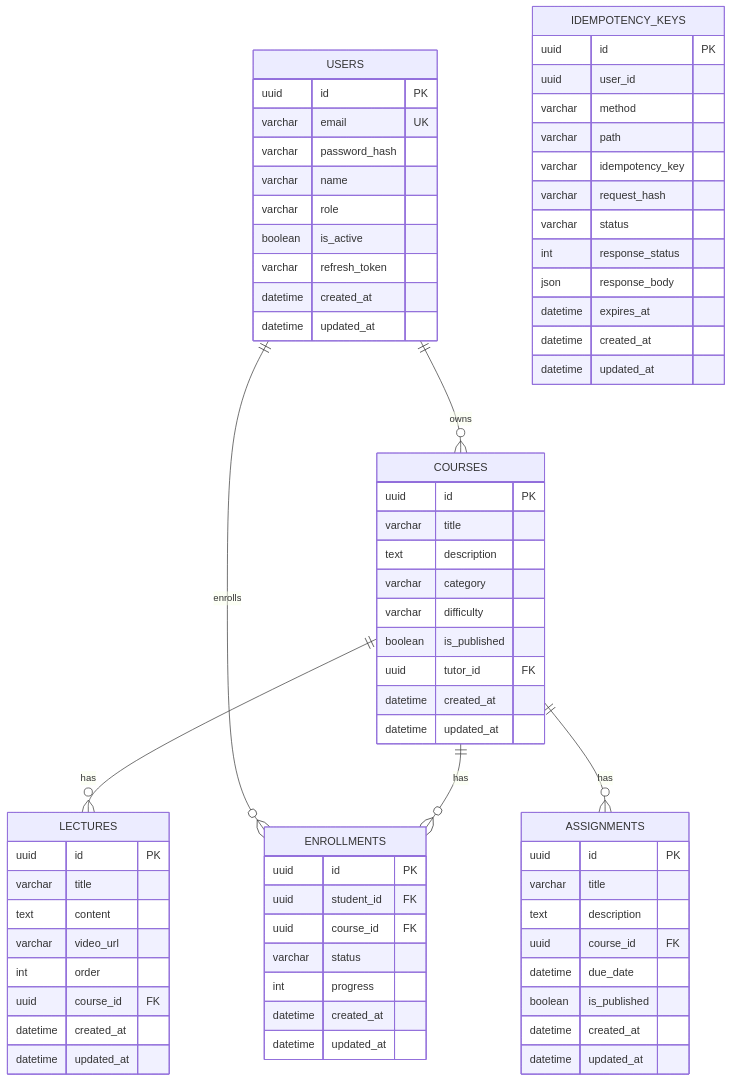
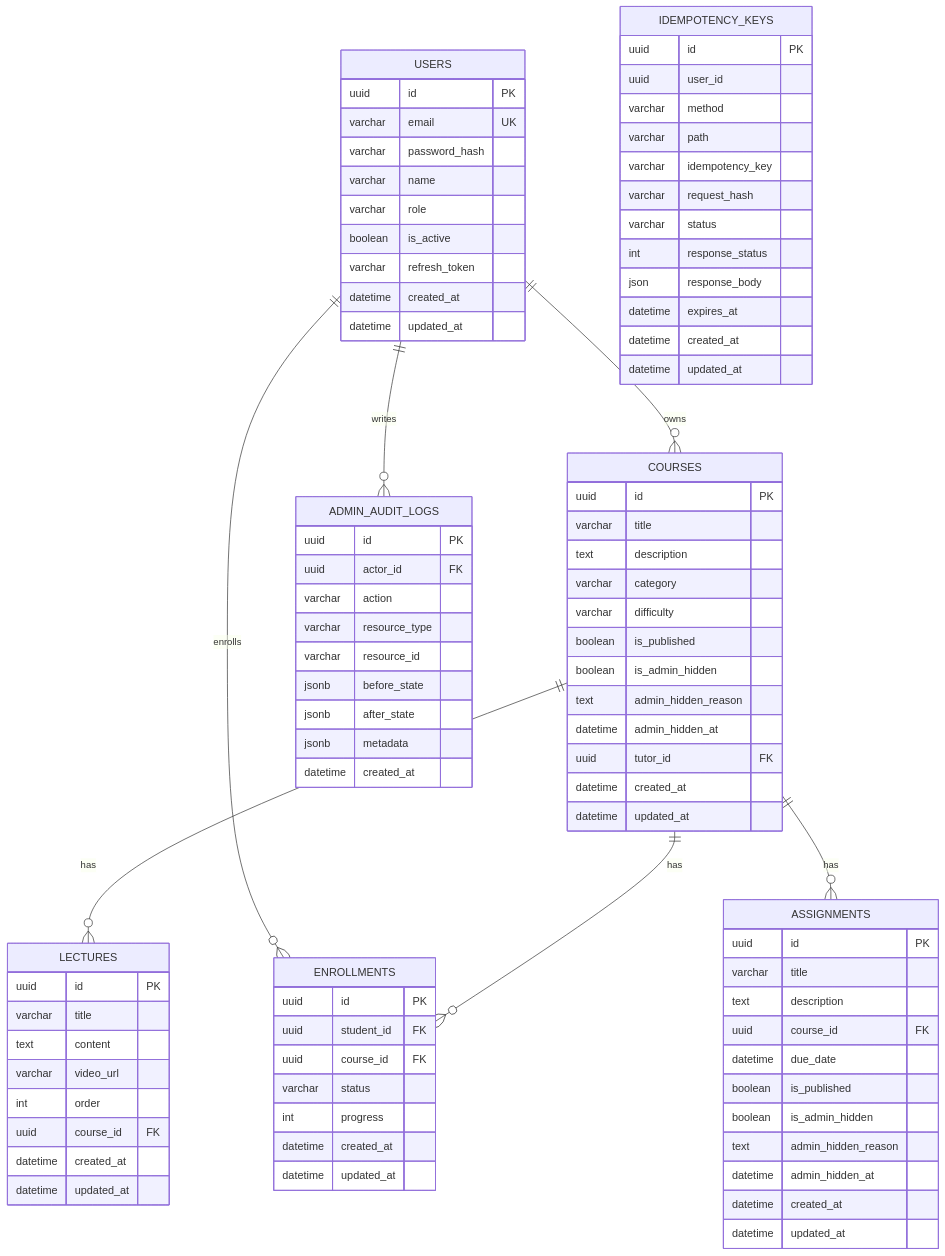
The first of 2 diagrams in README.md (Voyager003/Learniverse), drawn with Mermaid before and after one commit. The commit also changed other lines of this file and 1 other file, not shown here.

```diff
--- a/README.md
+++ b/README.md
@@ -117,6 +142,7 @@
 erDiagram
     USERS ||--o{ COURSES : owns
     USERS ||--o{ ENROLLMENTS : enrolls
+    USERS ||--o{ ADMIN_AUDIT_LOGS : writes
     COURSES ||--o{ LECTURES : has
     COURSES ||--o{ ENROLLMENTS : has
     COURSES ||--o{ ASSIGNMENTS : has
@@ -140,6 +166,9 @@
       varchar category
       varchar difficulty
       boolean is_published
+      boolean is_admin_hidden
+      text admin_hidden_reason
+      datetime admin_hidden_at
       uuid tutor_id FK
       datetime created_at
       datetime updated_at
@@ -173,8 +202,23 @@
       uuid course_id FK
       datetime due_date
       boolean is_published
+      boolean is_admin_hidden
+      text admin_hidden_reason
+      datetime admin_hidden_at
       datetime created_at
       datetime updated_at
+    }
+
+    ADMIN_AUDIT_LOGS {
+      uuid id PK
+      uuid actor_id FK
+      varchar action
+      varchar resource_type
+      varchar resource_id
+      jsonb before_state
+      jsonb after_state
+      jsonb metadata
+      datetime created_at
     }
 
     IDEMPOTENCY_KEYS {
```
